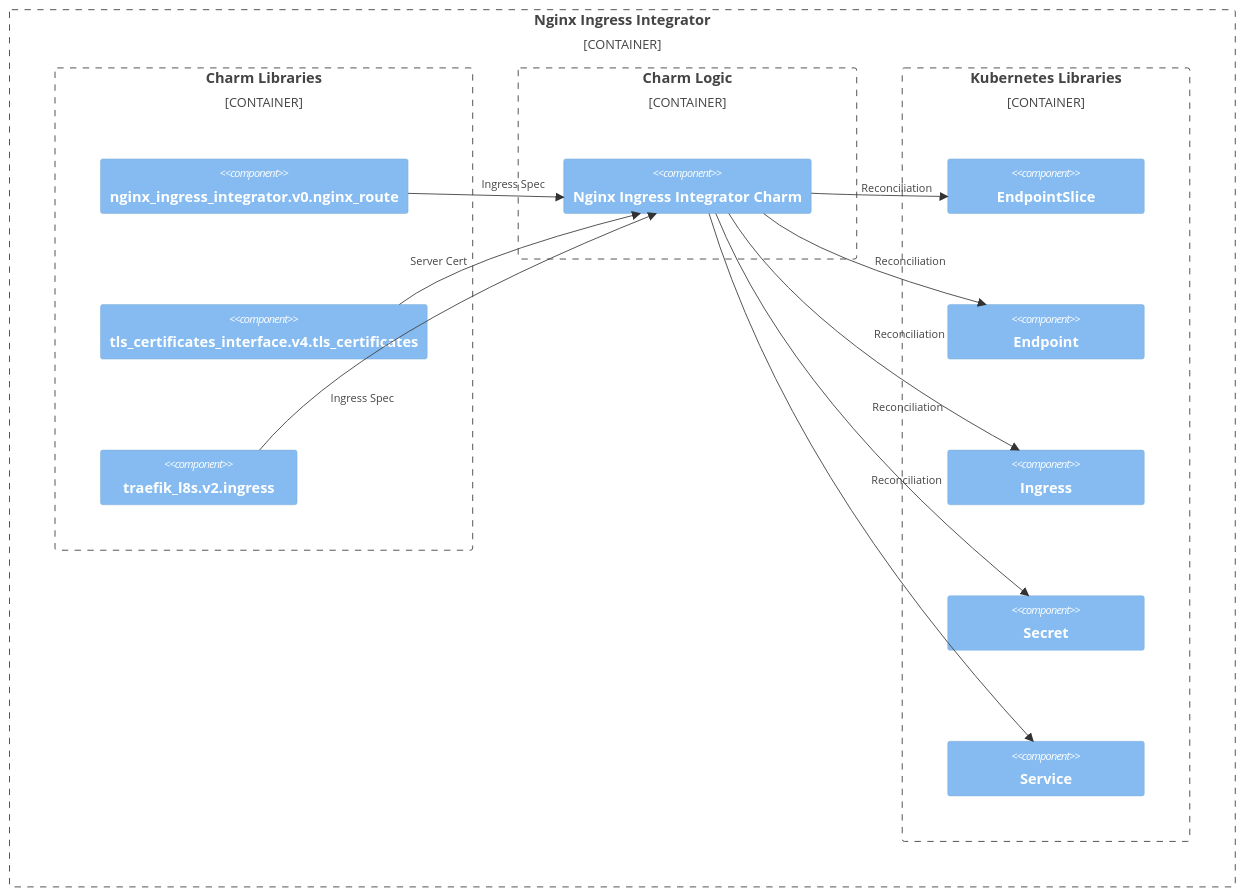
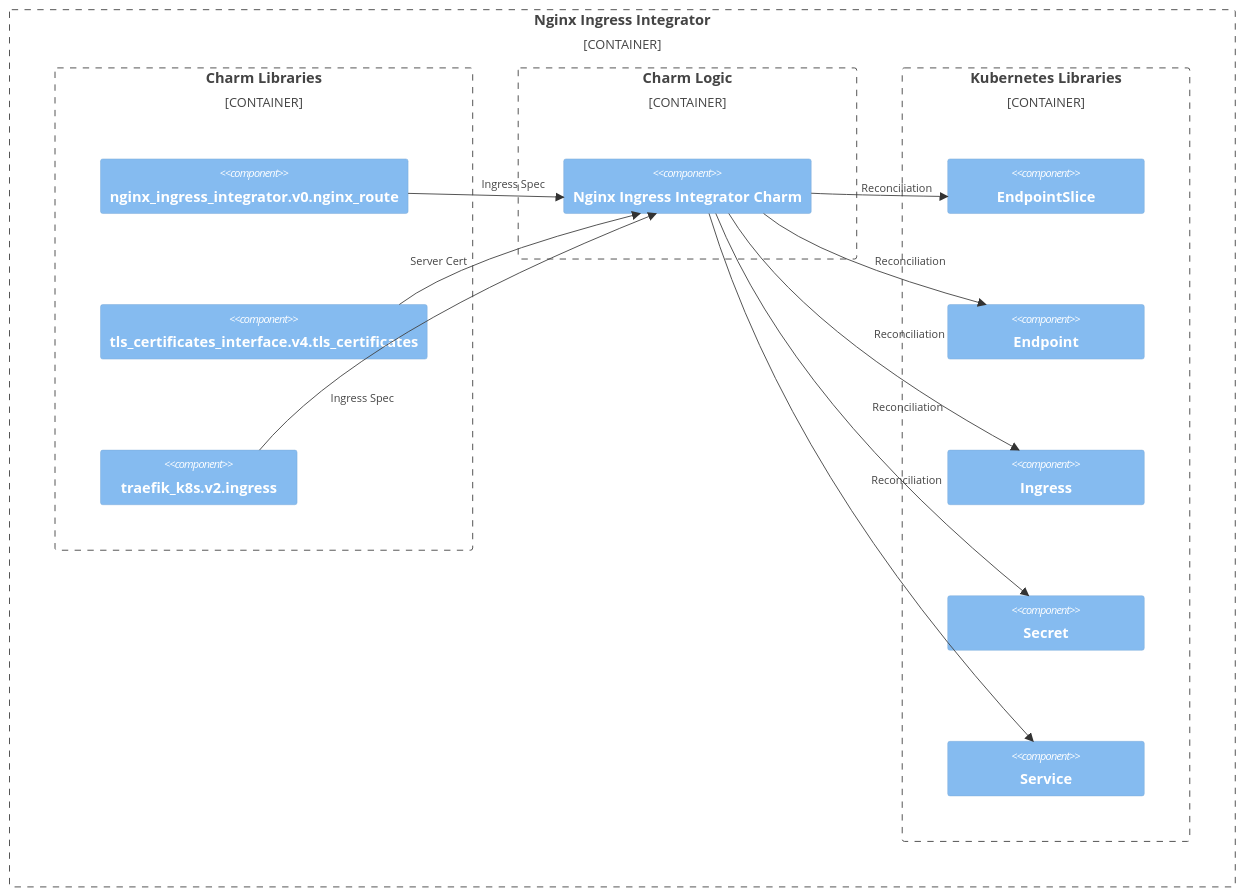
One commit to canonical/nginx-ingress-integrator-operator changed the diagram in docs/explanation/architecture.md. Above: the diagram before and after it, drawn with Mermaid.

````diff
--- a/docs/explanation/architecture.md
+++ b/docs/explanation/architecture.md
@@ -109,38 +109,38 @@
 ```mermaid
 C4Context
     Container_Boundary(nginx-ingress-integrator, "Nginx Ingress Integrator") {
         Container_Boundary(charm-lib, "Charm Libraries") {
             Component(nginx-route-lib, "nginx_ingress_integrator.v0.nginx_route")
             Component(tls-certificates-lib, "tls_certificates_interface.v4.tls_certificates")
-            Component(ingress-lib, "traefik_l8s.v2.ingress")
+            Component(ingress-lib, "traefik_k8s.v2.ingress")
         }
         
         Container_Boundary(charm, "Charm Logic") {
             Component(nginx-ingress-integrator-charm, "Nginx Ingress Integrator Charm")
         }
         
         Container_Boundary(kubernetes-lib, "Kubernetes Libraries") {
             Component(endpoint-slice, "EndpointSlice")
             Component(endpoint, "Endpoint")
             Component(ingress, "Ingress")
             Component(secret, "Secret")
             Component(service, "Service")
         }
         
         Rel(nginx-route-lib, nginx-ingress-integrator-charm, "Ingress Spec")
         Rel(tls-certificates-lib, nginx-ingress-integrator-charm, "Server Cert")
         Rel(ingress-lib, nginx-ingress-integrator-charm, "Ingress Spec")
         Rel(nginx-ingress-integrator-charm, endpoint-slice, "Reconciliation")
         Rel(nginx-ingress-integrator-charm, endpoint, "Reconciliation")
         Rel(nginx-ingress-integrator-charm, ingress, "Reconciliation")
         Rel(nginx-ingress-integrator-charm, secret, "Reconciliation")
         Rel(nginx-ingress-integrator-charm, service, "Reconciliation")
 
         UpdateLayoutConfig($c4ShapeInRow="1", $c4BoundaryInRow="4")
         
         UpdateRelStyle(nginx-route-lib, nginx-ingress-integrator-charm , $offsetY="-15", $offsetX="-5")
         UpdateRelStyle(tls-certificates-lib, nginx-ingress-integrator-charm, $offsetY="0", $offsetX="-120")
         UpdateRelStyle(ingress-lib, nginx-ingress-integrator-charm, $offsetY="70", $offsetX="-140")
         UpdateRelStyle(nginx-ingress-integrator-charm, endpoint-slice, $offsetY="-10", $offsetX="-20")
     }
 ```
````
